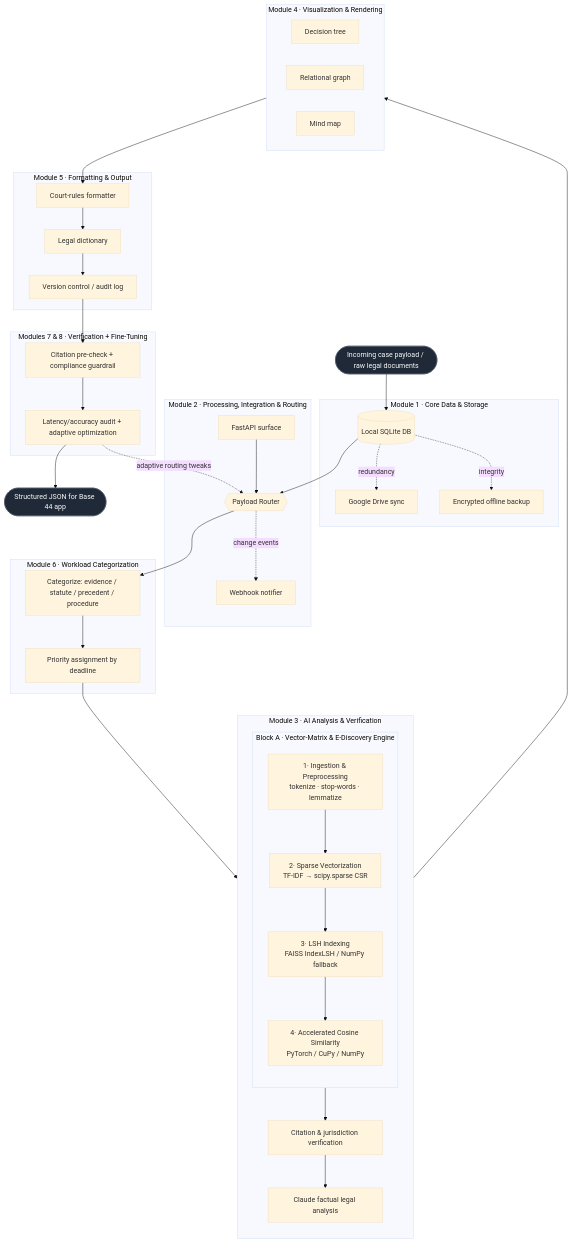
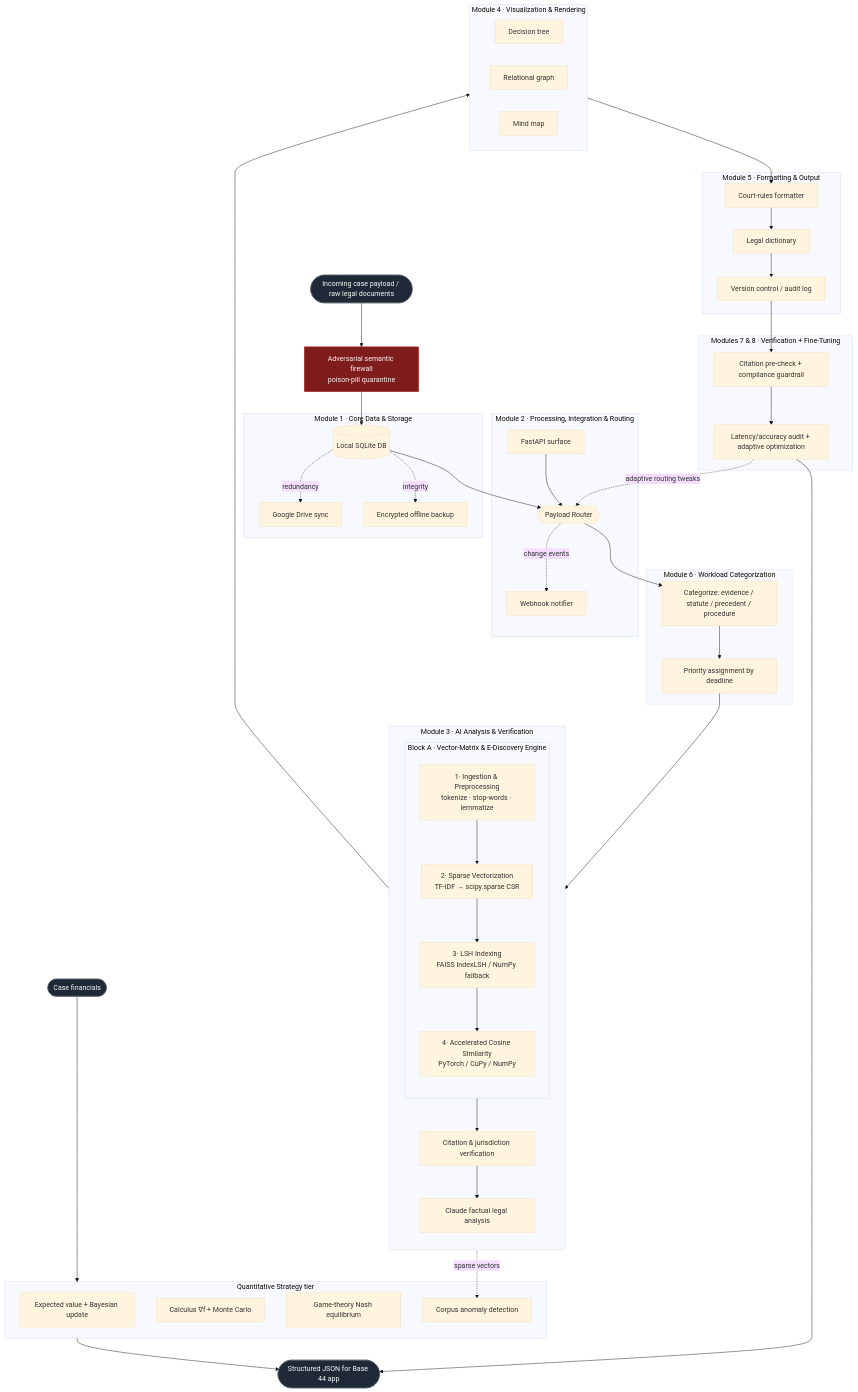
Before and after one commit to YoungstaBlue/Random: the diagram in base44-pipeline/README.md, drawn with Mermaid (base theme). The commit also changed other lines of this file and 19 other files, not shown here.

First line of the commit message:
Add Quantitative Strategy tier + adversarial semantic firewall

````diff
--- a/base44-pipeline/README.md
+++ b/base44-pipeline/README.md
@@ -18,68 +18,80 @@
 ```mermaid
 flowchart TD
     IN([Incoming case payload / raw legal documents]):::io
+    FW[Adversarial semantic firewall<br/>poison-pill quarantine]:::guard
+    FIN([Case financials]):::io
 
     subgraph B1["Module 1 · Core Data & Storage"]
         LDB[(Local SQLite DB)]
         CLOUD[Google Drive sync]
         BAK[Encrypted offline backup]
     end
 
     subgraph B2["Module 2 · Processing, Integration & Routing"]
         ROUTER{{Payload Router}}
         HOOK[Webhook notifier]
         API[FastAPI surface]
     end
 
     subgraph B6["Module 6 · Workload Categorization"]
         CAT[Categorize: evidence / statute / precedent / procedure]
         PRIO[Priority assignment by deadline]
     end
 
     subgraph B3["Module 3 · AI Analysis & Verification"]
         direction TB
         subgraph A["Block A · Vector-Matrix & E-Discovery Engine"]
             direction TB
             A1[1· Ingestion & Preprocessing<br/>tokenize · stop-words · lemmatize]
             A2[2· Sparse Vectorization<br/>TF-IDF → scipy.sparse CSR]
             A3[3· LSH Indexing<br/>FAISS IndexLSH / NumPy fallback]
             A4[4· Accelerated Cosine Similarity<br/>PyTorch / CuPy / NumPy]
             A1 --> A2 --> A3 --> A4
         end
         CITE[Citation & jurisdiction verification]
         LLM[Claude factual legal analysis]
     end
 
     subgraph B4["Module 4 · Visualization & Rendering"]
         DTREE[Decision tree]
         GRAPH[Relational graph]
         MIND[Mind map]
     end
 
     subgraph B5["Module 5 · Formatting & Output"]
         COURT[Court-rules formatter]
         DICT[Legal dictionary]
         VER[Version control / audit log]
     end
 
     subgraph B7B8["Modules 7 & 8 · Verification + Fine-Tuning"]
         VERIFY[Citation pre-check + compliance guardrail]
         METRIC[Latency/accuracy audit + adaptive optimization]
     end
 
+    subgraph QT["Quantitative Strategy tier"]
+        QEV[Expected value + Bayesian update]
+        QCALC[Calculus ∇f + Monte Carlo]
+        QGAME[Game-theory Nash equilibrium]
+        QANOM[Corpus anomaly detection]
+    end
+
     OUT([Structured JSON for Base 44 app]):::io
 
-    IN --> LDB --> ROUTER
+    IN --> FW --> LDB --> ROUTER
     ROUTER --> CAT --> PRIO --> A1
     A4 --> CITE --> LLM
     LLM --> B4
     B4 --> COURT --> DICT --> VER
     VER --> VERIFY --> METRIC --> OUT
+    FIN --> QT --> OUT
+    A4 -. sparse vectors .-> QANOM
     ROUTER -. change events .-> HOOK
     LDB -. redundancy .-> CLOUD
     LDB -. integrity .-> BAK
     METRIC -. adaptive routing tweaks .-> ROUTER
     API --> ROUTER
 
     classDef io fill:#1f2937,stroke:#4b5563,color:#f9fafb;
+    classDef guard fill:#7f1d1d,stroke:#b91c1c,color:#fef2f2;
 ```
````
